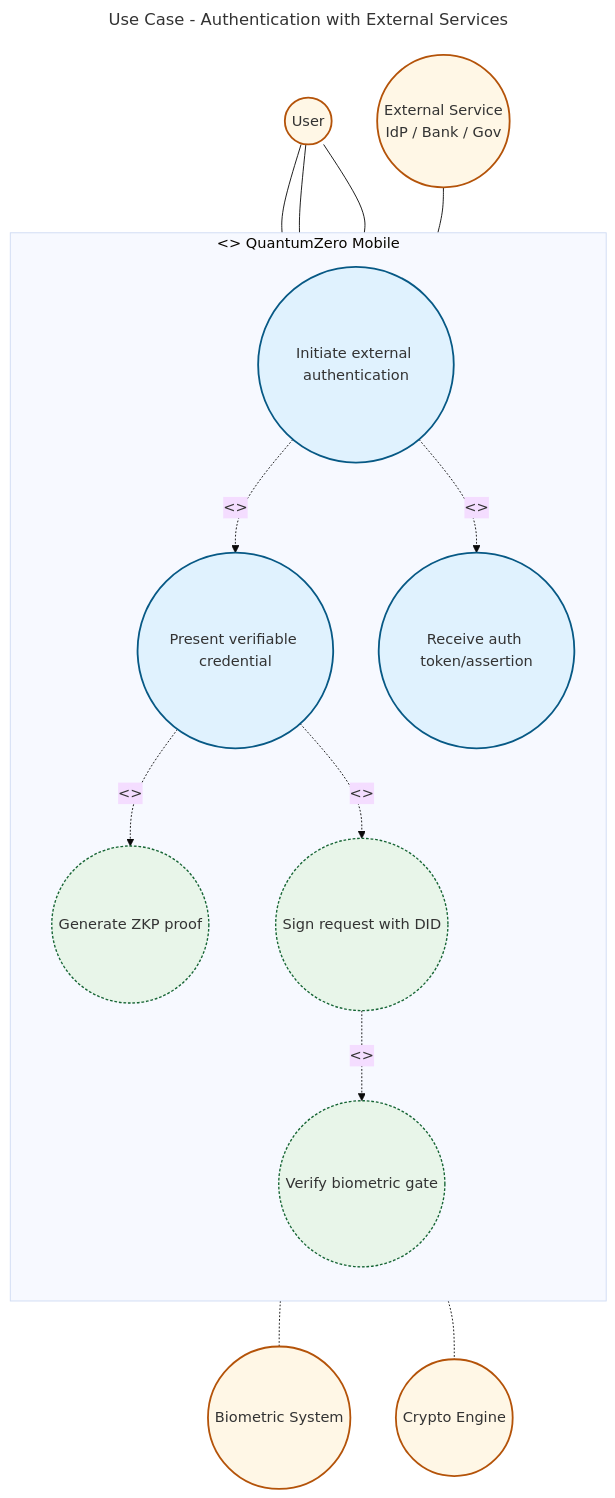
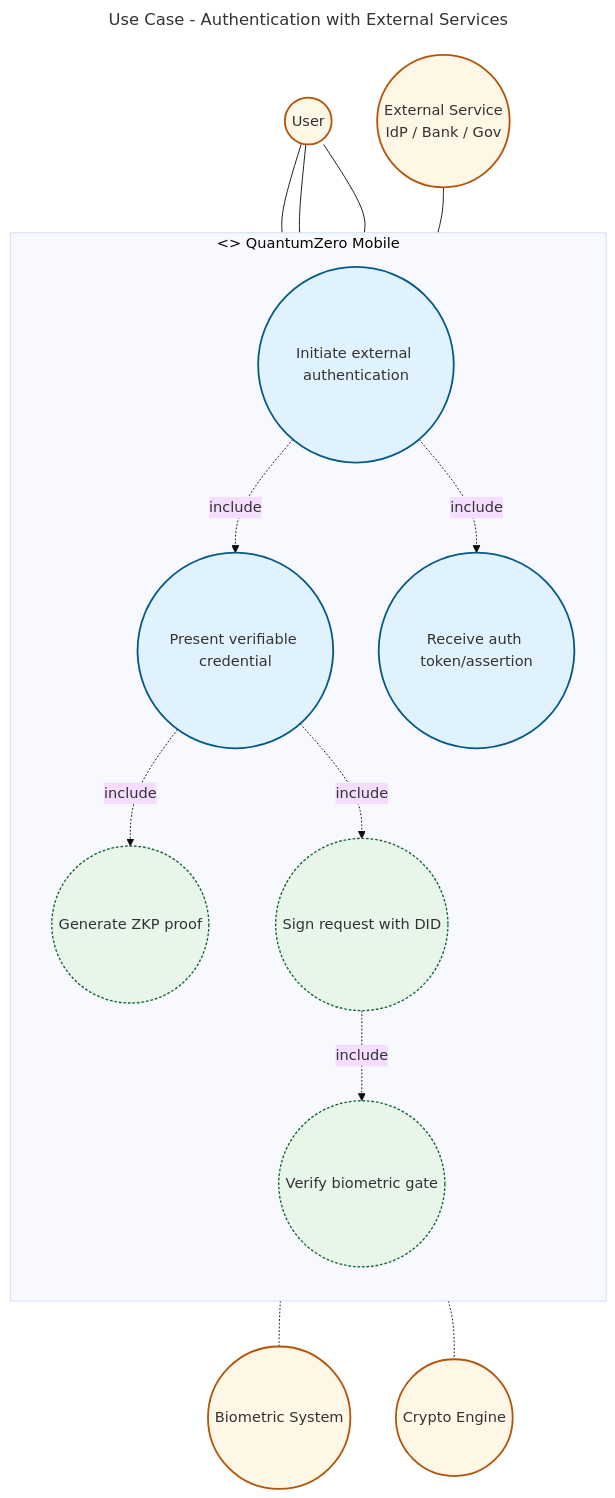
One commit to CHATEAUFORGE-LLC/QuantumZero changed the diagram in diagrams/usecase-mobile-external-authentication.mmd. Above: the diagram before and after it, drawn with Mermaid. The commit also changed 63 other files, not shown here.

```diff
--- a/diagrams/usecase-mobile-external-authentication.mmd
+++ b/diagrams/usecase-mobile-external-authentication.mmd
@@ -1,50 +1,50 @@
 ---
 title: Use Case - Authentication with External Services
 config:
   theme: base
 ---
 %% QuantumZero UML palette note: actors/external=#fff7e6/#b45309, system/component=#e0f2fe/#075985, datastore=#ecfccb/#4d7c0f, notes=#fff9c4/#d97706. Aligns diagrams to Deliverable 1 UML/DFD theme.
 flowchart TB
     %% QuantumZero UML palette (standardized)
     classDef actor fill:#fff7e6,stroke:#b45309,stroke-width:2px
     classDef system fill:#eef2ff,stroke:#4338ca,stroke-width:2px
     classDef usecase fill:#e0f2fe,stroke:#075985,stroke-width:2px
     classDef supporting fill:#e8f5e9,stroke:#166534,stroke-width:1.5px,stroke-dasharray: 3 2
 
     %% Actors
     User((User)):::actor
     ExtService((External Service<br/>IdP / Bank / Gov)):::actor
     BiometricSystem(("Biometric System")):::actor
     CryptoEngine(("Crypto Engine")):::actor
     
     %% System Boundary - Mobile App
     subgraph MobileApp["<<system>> QuantumZero Mobile"]
         direction TB
         
         %% Primary Use Cases
         UC1(("Initiate external authentication")):::usecase
         UC2(("Present verifiable credential")):::usecase
         UC3(("Generate ZKP proof")):::supporting
         UC4(("Sign request with DID")):::supporting
         UC5(("Receive auth token/assertion")):::usecase
         UC6(("Verify biometric gate")):::supporting
         
         %% Use Case Relationships
-         UC1 -. <<include>> .-> UC2
-         UC2 -. <<include>> .-> UC3
-         UC2 -. <<include>> .-> UC4
-         UC4 -. <<include>> .-> UC6
-         UC1 -. <<include>> .-> UC5
+         UC1 -. include .-> UC2
+         UC2 -. include .-> UC3
+         UC2 -. include .-> UC4
+         UC4 -. include .-> UC6
+         UC1 -. include .-> UC5
     end
     
     %% Actor-Use Case Associations
     User --- UC1
     User --- UC6
     User --- UC5
     ExtService --- UC1
     
     %% Secondary Actor Associations
     UC6 -.- BiometricSystem
     UC4 -.- CryptoEngine
     
     %% Metadata note content documented in DIAGRAMS.md
```
